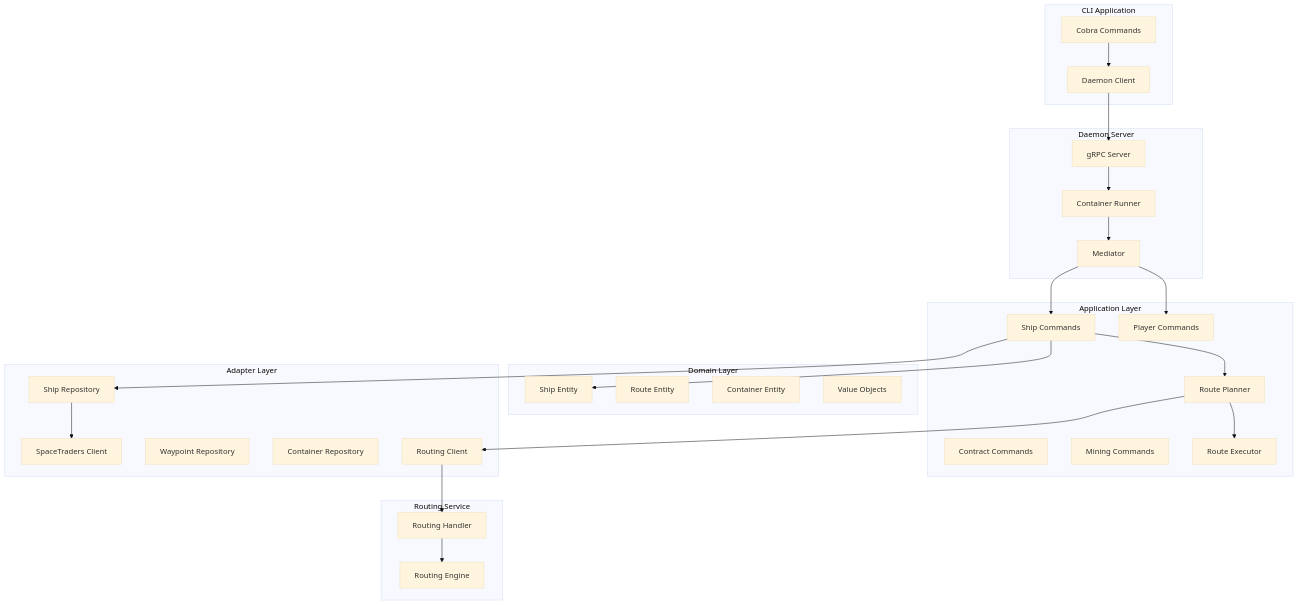
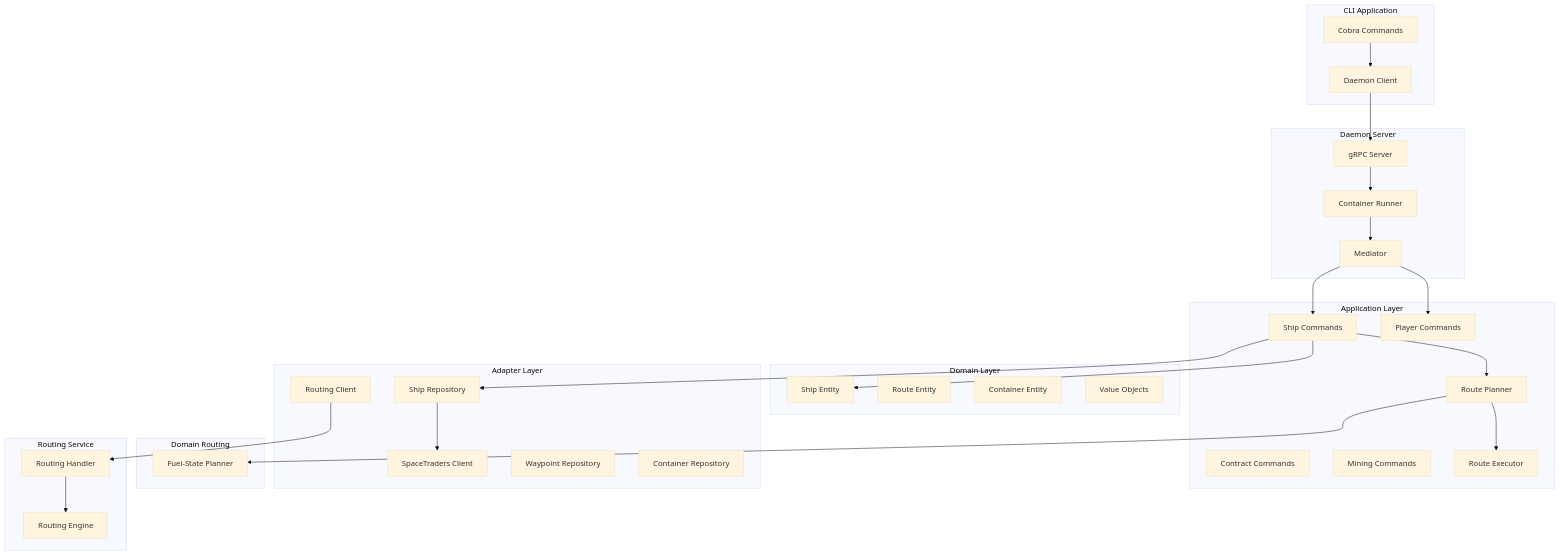
The second of 23 diagrams in gobot/docs/ARCHITECTURE.md (acdtunes/spacetraders), drawn with Mermaid (base theme) before and after one commit. The commit also changed other lines of this file and 20 other files, not shown here.

Commit message:
feat(routing): plan routes in-process and retire the PlanRoute RPC (sp-wwlhb)

````diff
--- a/gobot/docs/ARCHITECTURE.md
+++ b/gobot/docs/ARCHITECTURE.md
@@ -96,57 +96,61 @@
 ```mermaid
 graph TB
     subgraph CLI_Container["CLI Application"]
         CLI_Cmd[Cobra Commands]
         DaemonClient[Daemon Client]
     end
 
     subgraph Daemon_Container["Daemon Server"]
         GRPCServer[gRPC Server]
         ContainerRunner[Container Runner]
         Mediator[Mediator]
     end
 
     subgraph App_Container["Application Layer"]
         ShipCmds[Ship Commands]
         PlayerCmds[Player Commands]
         ContractCmds[Contract Commands]
         MiningCmds[Mining Commands]
         RoutePlanner[Route Planner]
         RouteExecutor[Route Executor]
     end
 
     subgraph Domain_Container["Domain Layer"]
         ShipEntity[Ship Entity]
         RouteEntity[Route Entity]
         ContainerEntity[Container Entity]
         ValueObjects[Value Objects]
     end
 
     subgraph Adapter_Container["Adapter Layer"]
         APIClient[SpaceTraders Client]
         ShipRepo[Ship Repository]
         WaypointRepo[Waypoint Repository]
         ContainerRepo[Container Repository]
         RoutingClient[Routing Client]
     end
 
+    subgraph Domain_Routing["Domain Routing"]
+        FuelStatePlanner[Fuel-State Planner]
+    end
+
     subgraph Routing_Container["Routing Service"]
         RoutingHandler[Routing Handler]
         RoutingEngine[Routing Engine]
     end
 
     CLI_Cmd --> DaemonClient
     DaemonClient --> GRPCServer
     GRPCServer --> ContainerRunner
     ContainerRunner --> Mediator
     Mediator --> ShipCmds
     Mediator --> PlayerCmds
     ShipCmds --> RoutePlanner
     RoutePlanner --> RouteExecutor
     ShipCmds --> ShipEntity
     ShipCmds --> ShipRepo
     ShipRepo --> APIClient
-    RoutePlanner --> RoutingClient
+    RoutePlanner --> FuelStatePlanner
     RoutingClient --> RoutingHandler
     RoutingHandler --> RoutingEngine
 ```
````
